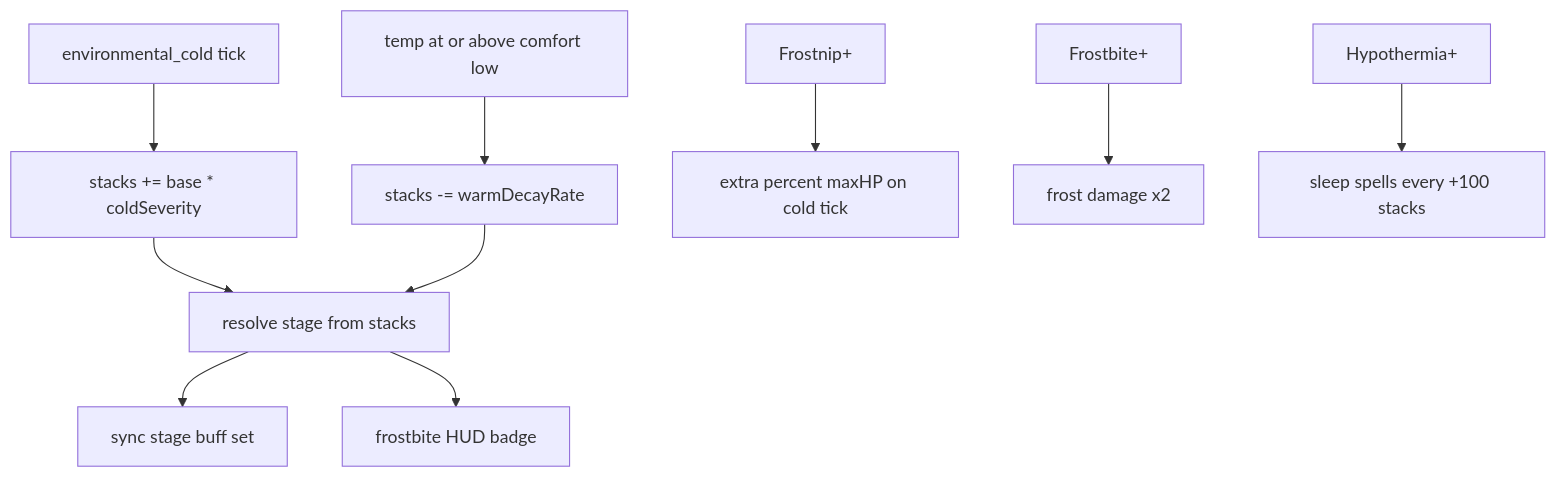
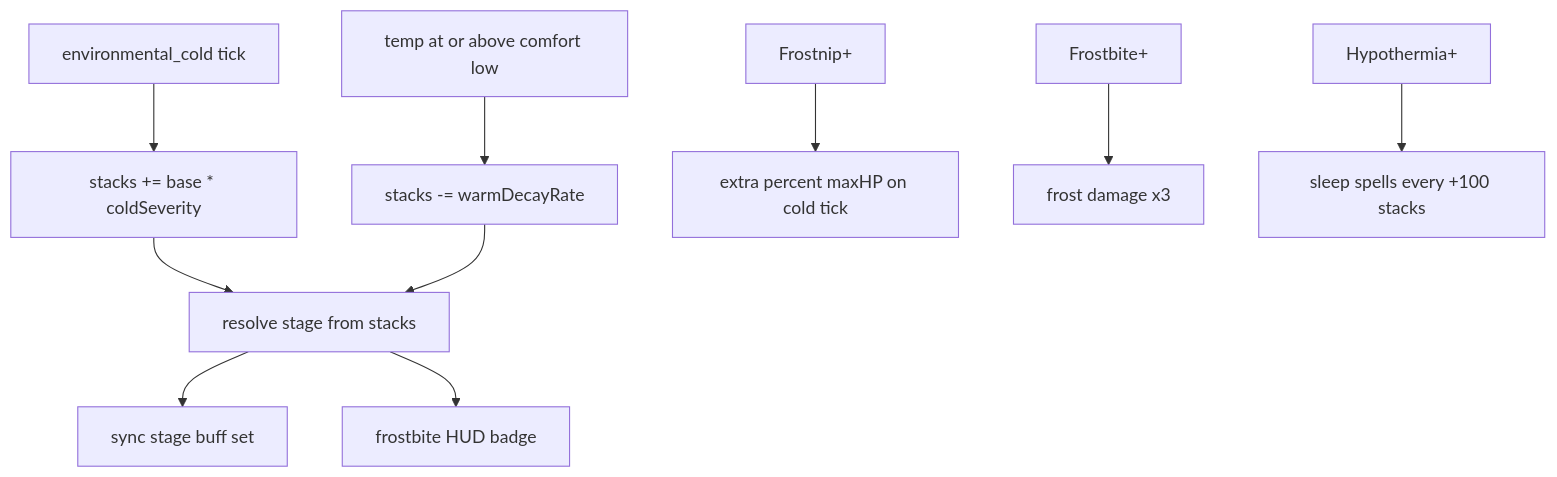
One commit to Jayrr-Dev/reigncraft changed the diagram in gameplay/mechanics/frostbite/mechanics.md. Above: the diagram before and after it, drawn with Mermaid. The commit also changed other lines of this file and 33 other files, not shown here.

````diff
--- a/gameplay/mechanics/frostbite/mechanics.md
+++ b/gameplay/mechanics/frostbite/mechanics.md
@@ -5,12 +5,12 @@
 ```mermaid
 flowchart TD
   coldTick["environmental_cold tick"] --> gain["stacks += base * coldSeverity"]
   warm["temp at or above comfort low"] --> decay["stacks -= warmDecayRate"]
   gain --> stage["resolve stage from stacks"]
   decay --> stage
   stage --> buffs["sync stage buff set"]
   stage --> hud["frostbite HUD badge"]
   frostnip["Frostnip+"] --> pct["extra percent maxHP on cold tick"]
-  frostbiteStage["Frostbite+"] --> dbl["frost damage x2"]
+  frostbiteStage["Frostbite+"] --> dbl["frost damage x3"]
   hypo["Hypothermia+"] --> sleep["sleep spells every +100 stacks"]
 ```
````
